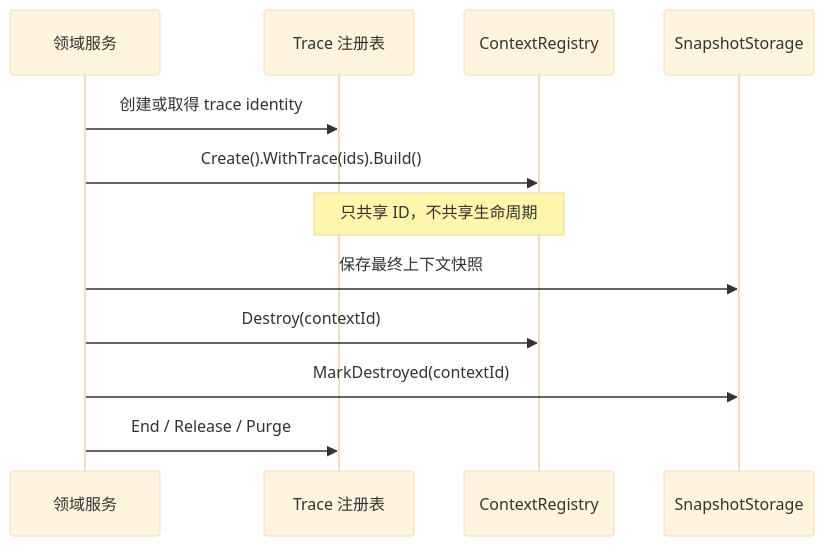
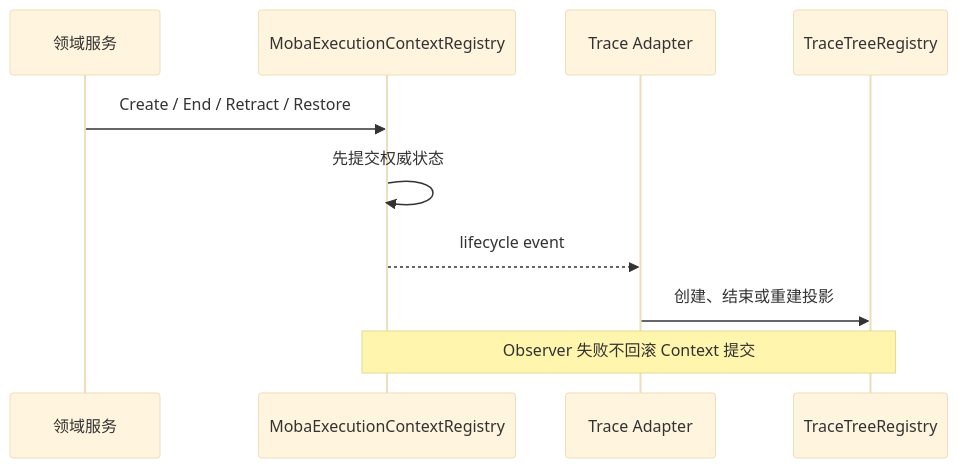
The third of 3 diagrams in Docs/design/13-FrameworkCore/04-ContextFlowSnapshotAndTraceBridge.md (HOBOBO/AbilityKit), drawn with Mermaid (base theme) before and after one commit. The commit also changed other lines of this file and 1591 other files, not shown here.

````diff
--- a/Docs/design/13-FrameworkCore/04-ContextFlowSnapshotAndTraceBridge.md
+++ b/Docs/design/13-FrameworkCore/04-ContextFlowSnapshotAndTraceBridge.md
@@ -204,15 +198,13 @@
 ```mermaid
 sequenceDiagram
     participant Domain as 领域服务
-    participant Trace as Trace 注册表
-    participant Context as ContextRegistry
-    participant Snapshot as SnapshotStorage
+    participant Context as MobaExecutionContextRegistry
+    participant Observer as Trace Adapter
+    participant Trace as TraceTreeRegistry
 
-    Domain->>Trace: 创建或取得 trace identity
-    Domain->>Context: Create().WithTrace(ids).Build()
-    Note over Trace,Context: 只共享 ID，不共享生命周期
-    Domain->>Snapshot: 保存最终上下文快照
-    Domain->>Context: Destroy(contextId)
-    Domain->>Snapshot: MarkDestroyed(contextId)
-    Domain->>Trace: End / Release / Purge
+    Domain->>Context: Create / End / Retract / Restore
+    Context->>Context: 先提交权威状态
+    Context-->>Observer: lifecycle event
+    Observer->>Trace: 创建、结束或重建投影
+    Note over Context,Trace: Observer 失败不回滚 Context 提交
 ```
````
